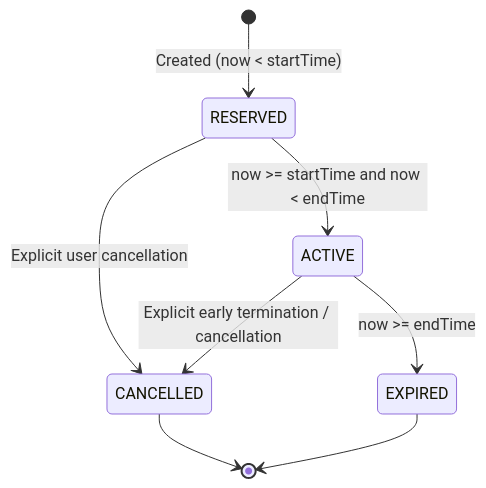
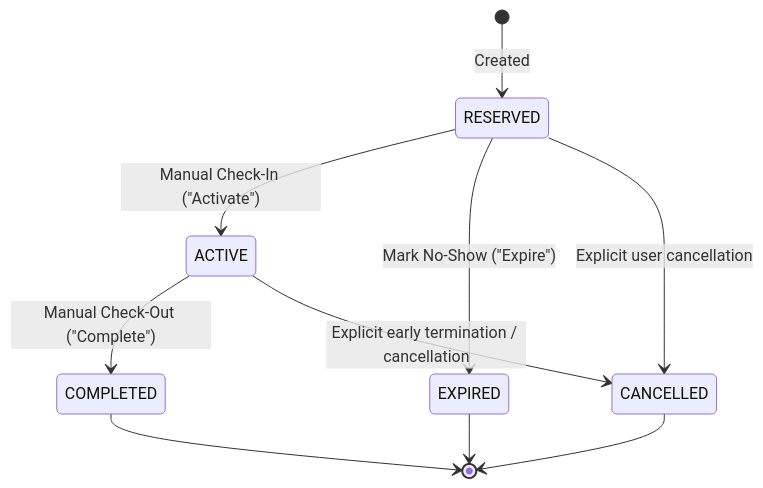
One commit to Crimson8230/raumlotse changed the second of 2 diagrams in specs/004-room-reservations/data-model.md. Above: the diagram before and after it, drawn with Mermaid. The commit also changed other lines of this file and 6 other files, not shown here.

````diff
--- a/specs/004-room-reservations/data-model.md
+++ b/specs/004-room-reservations/data-model.md
@@ -83,10 +83,12 @@
 ```mermaid
 stateDiagram-v2
-    [*] --> RESERVED : Created (now < startTime)
-    RESERVED --> ACTIVE : now >= startTime and now < endTime
-    ACTIVE --> EXPIRED : now >= endTime
+    [*] --> RESERVED : Created
+    RESERVED --> ACTIVE : Manual Check-In ("Activate")
+    ACTIVE --> COMPLETED : Manual Check-Out ("Complete")
+    RESERVED --> EXPIRED : Mark No-Show ("Expire")
     RESERVED --> CANCELLED : Explicit user cancellation
     ACTIVE --> CANCELLED : Explicit early termination / cancellation
+    COMPLETED --> [*]
+    EXPIRED --> [*]
     CANCELLED --> [*]
-    EXPIRED --> [*]
 ```
````
